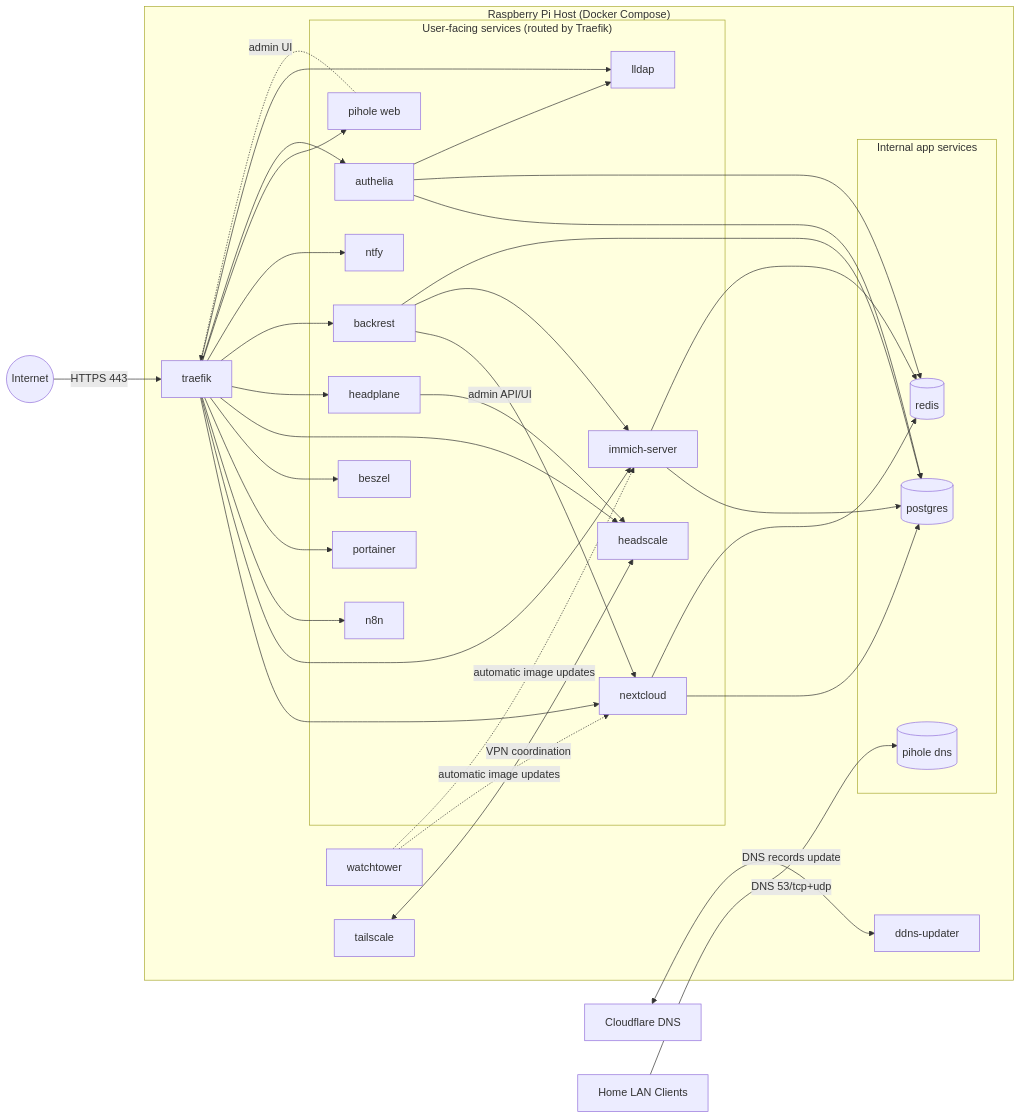
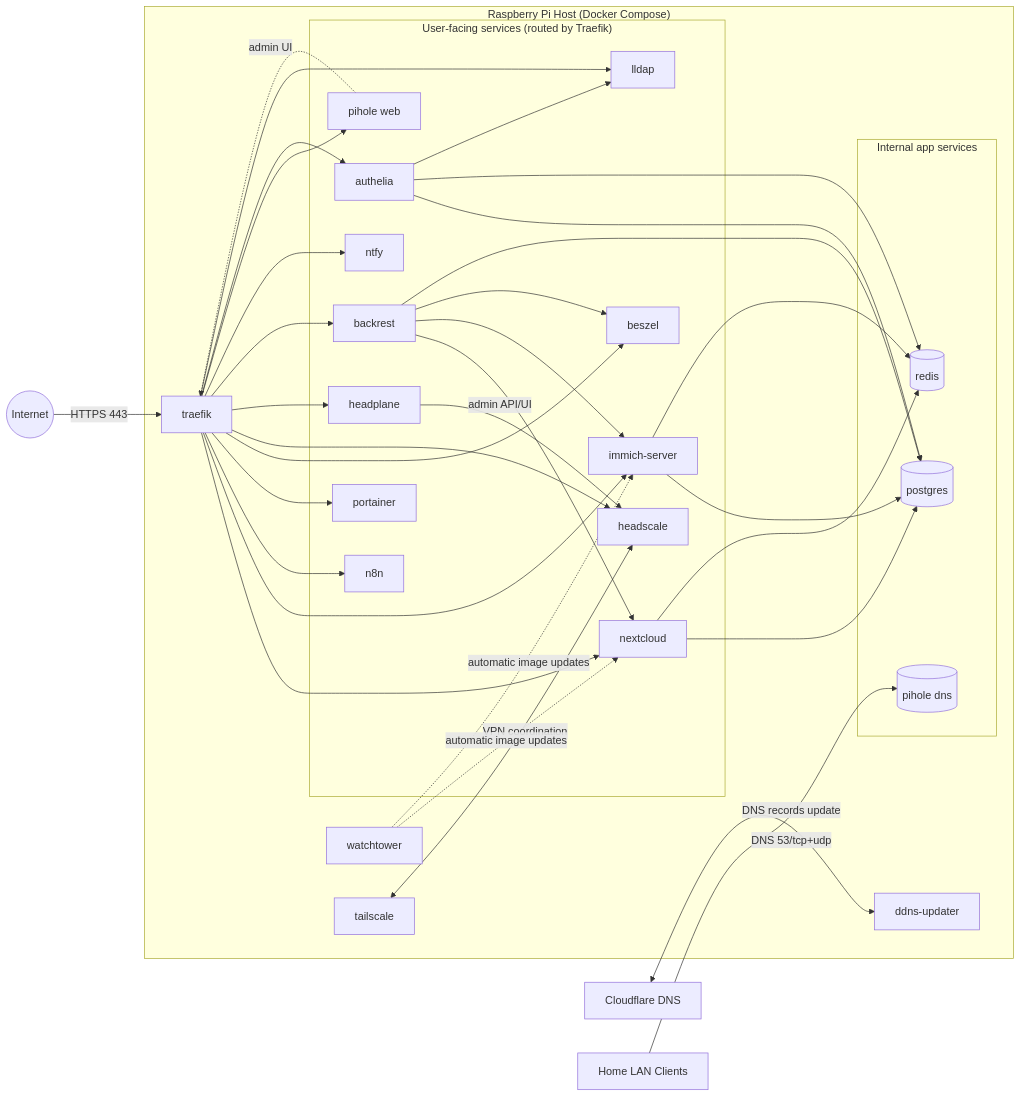
One commit to florianajir/pi-web changed the first of 8 diagrams in README.md. Above: the diagram before and after it, drawn with Mermaid. The commit also changed other lines of this file and 7 other files, not shown here.

````diff
--- a/README.md
+++ b/README.md
@@ -51,68 +51,69 @@
 ```mermaid
 flowchart LR
   Internet((Internet))
   Cloudflare[Cloudflare DNS]
   LAN[Home LAN Clients]
 
   subgraph Pi["Raspberry Pi Host (Docker Compose)"]
     DDNS[ddns-updater]
     Traefik[traefik]
     Watchtower[watchtower]
     Tailscale[tailscale]
 
     subgraph Apps["User-facing services (routed by Traefik)"]
       Nextcloud[nextcloud]
       Immich[immich-server]
       N8N[n8n]
       Portainer[portainer]
       Beszel[beszel]
       Headscale[headscale]
       Headplane[headplane]
       Backrest[backrest]
       Ntfy[ntfy]
       PiholeWeb[pihole web]
       Authelia[authelia]
       Lldap[lldap]
     end
 
     subgraph Internal["Internal app services"]
       Postgres[(postgres)]
       Redis[(redis)]
       PiholeDNS[(pihole dns)]
     end
   end
 
   Internet -->|HTTPS 443| Traefik
   Cloudflare <-->|DNS records update| DDNS
   Traefik --> Nextcloud
   Traefik --> Immich
   Traefik --> N8N
   Traefik --> Portainer
   Traefik --> Beszel
   Traefik --> Headscale
   Traefik --> Headplane
   Traefik --> Backrest
   Traefik --> Ntfy
   Traefik --> PiholeWeb
   Traefik --> Authelia
   Traefik --> Lldap
 
   Nextcloud --> Postgres
   Nextcloud --> Redis
   Immich --> Postgres
   Immich --> Redis
   Authelia --> Postgres
   Authelia --> Redis
   Authelia --> Lldap
   Backrest --> Nextcloud
   Backrest --> Immich
+  Backrest --> Beszel
   Backrest --> Postgres
 
   LAN -->|DNS 53/tcp+udp| PiholeDNS
   PiholeWeb -.admin UI.-> Traefik
 
   Tailscale <-->|VPN coordination| Headscale
   Headplane -->|admin API/UI| Headscale
   Watchtower -.automatic image updates.-> Nextcloud
   Watchtower -.automatic image updates.-> Immich
 ```
````
